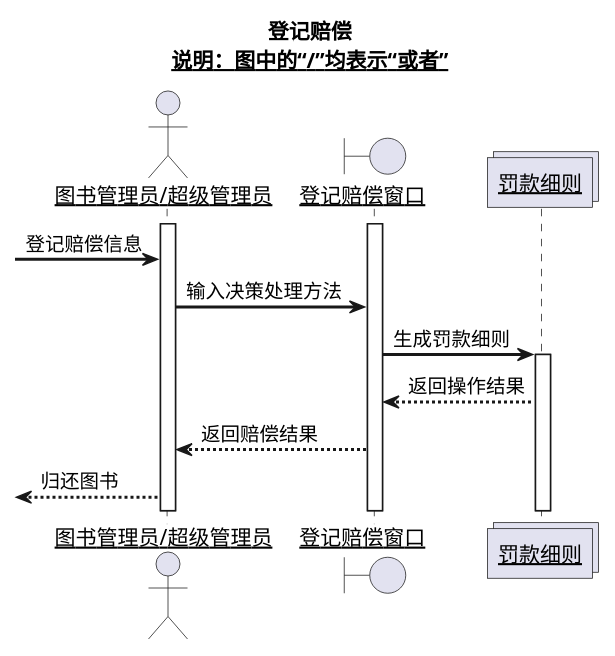
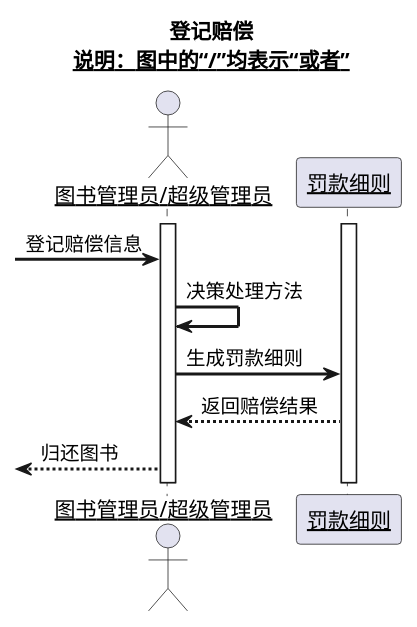
The diagram in test4/sequence7.md (Landy7/is_analysis), drawn with PlantUML before and after one commit. The commit also changed 24 other files, not shown here.

```diff
--- a/test4/sequence7.md
+++ b/test4/sequence7.md
@@ -1,21 +1,18 @@
 @startuml
 title
  登记赔偿
  <u>说明：图中的“/”均表示“或者”</u>
 end title
 skinparam sequenceArrowThickness 2
 skinparam maxmessagesize 60
 skinparam sequenceParticipant underline
 actor "图书管理员/超级管理员" as U
-boundary "登记赔偿窗口   " as A
-collections "罚款细则" as B
+participant "罚款细则" as A
 activate U
 activate A
 -> U:登记赔偿信息
-U ->A:输入决策处理方法
-A ->B:生成罚款细则
-activate B
-B -->A:返回操作结果
+U ->U:决策处理方法
+U ->A:生成罚款细则
 A -->U:返回赔偿结果
 <-- U:归还图书
 @enduml
```
